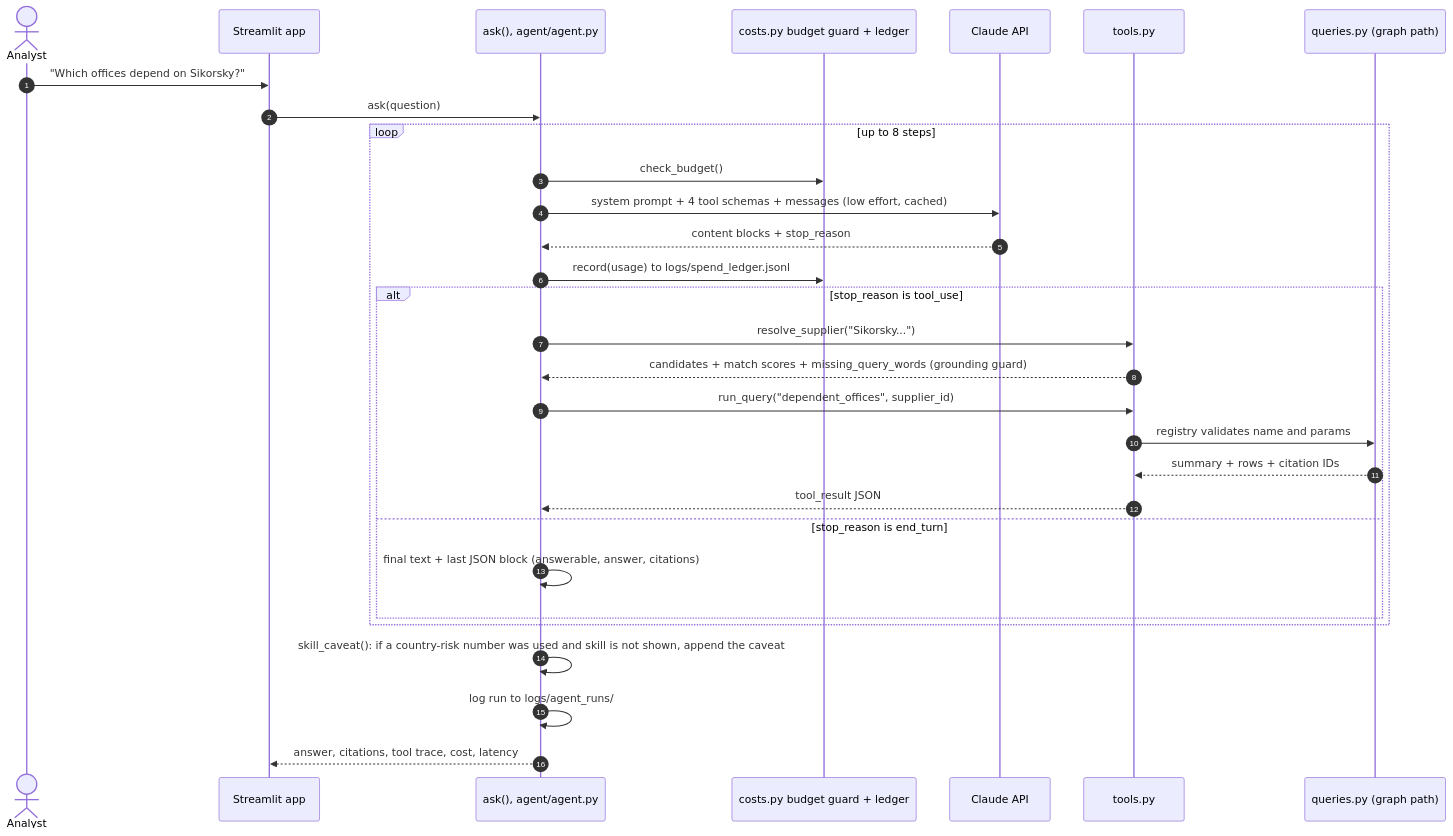
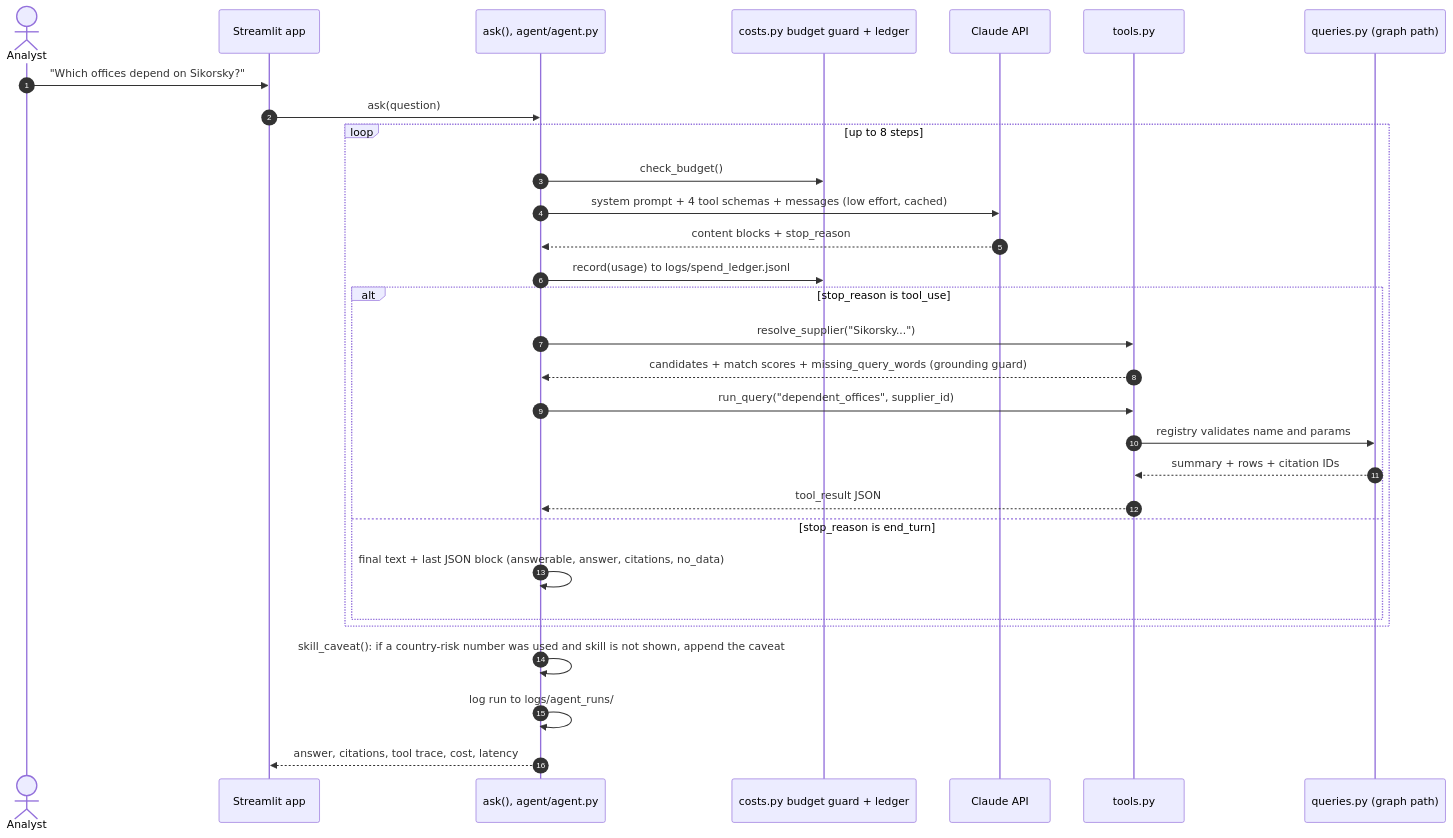
Before and after one commit to lmcnulty7/defense-supplier-risk-graph: the second of 2 diagrams in docs/INTERVIEW_WALKTHROUGH.md, drawn with Mermaid. The commit also changed other lines of this file and 33 other files, not shown here.

````diff
--- a/docs/INTERVIEW_WALKTHROUGH.md
+++ b/docs/INTERVIEW_WALKTHROUGH.md
@@ -177,32 +177,32 @@
 ```mermaid
 sequenceDiagram
   autonumber
   actor A as Analyst
   participant UI as Streamlit app
   participant L as ask(), agent/agent.py
   participant B as costs.py budget guard + ledger
   participant C as Claude API
   participant T as tools.py
   participant Q as queries.py (graph path)
   A->>UI: "Which offices depend on Sikorsky?"
   UI->>L: ask(question)
   loop up to 8 steps
     L->>B: check_budget()
     L->>C: system prompt + 4 tool schemas + messages (low effort, cached)
     C-->>L: content blocks + stop_reason
     L->>B: record(usage) to logs/spend_ledger.jsonl
     alt stop_reason is tool_use
       L->>T: resolve_supplier("Sikorsky...")
       T-->>L: candidates + match scores + missing_query_words (grounding guard)
       L->>T: run_query("dependent_offices", supplier_id)
       T->>Q: registry validates name and params
       Q-->>T: summary + rows + citation IDs
       T-->>L: tool_result JSON
     else stop_reason is end_turn
-      L->>L: final text + last JSON block (answerable, answer, citations)
+      L->>L: final text + last JSON block (answerable, answer, citations, no_data)
     end
   end
   L->>L: skill_caveat(): if a country-risk number was used and skill is not shown, append the caveat
   L->>L: log run to logs/agent_runs/
   L-->>UI: answer, citations, tool trace, cost, latency
 ```
````
